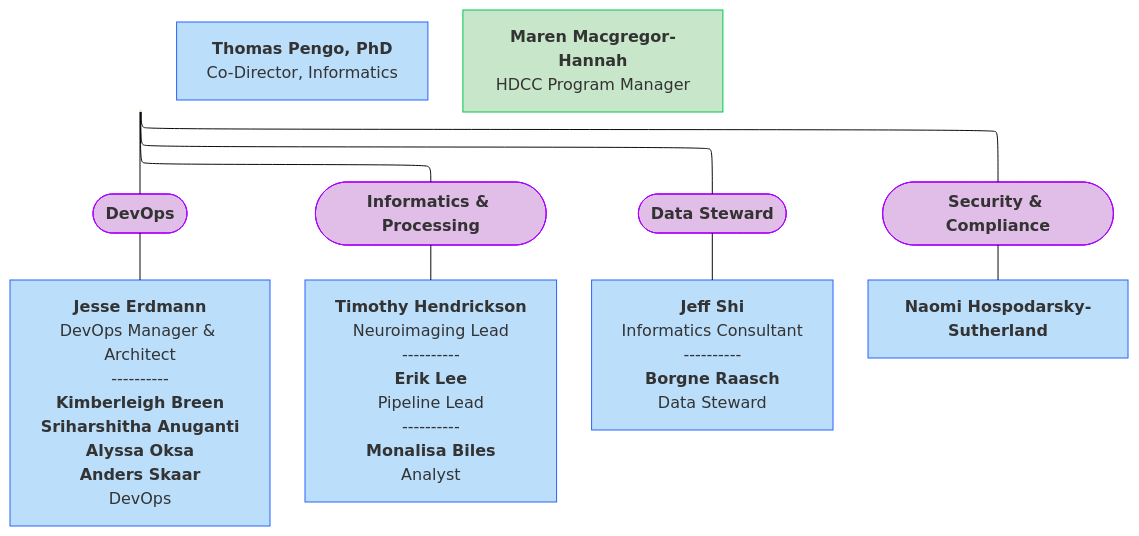
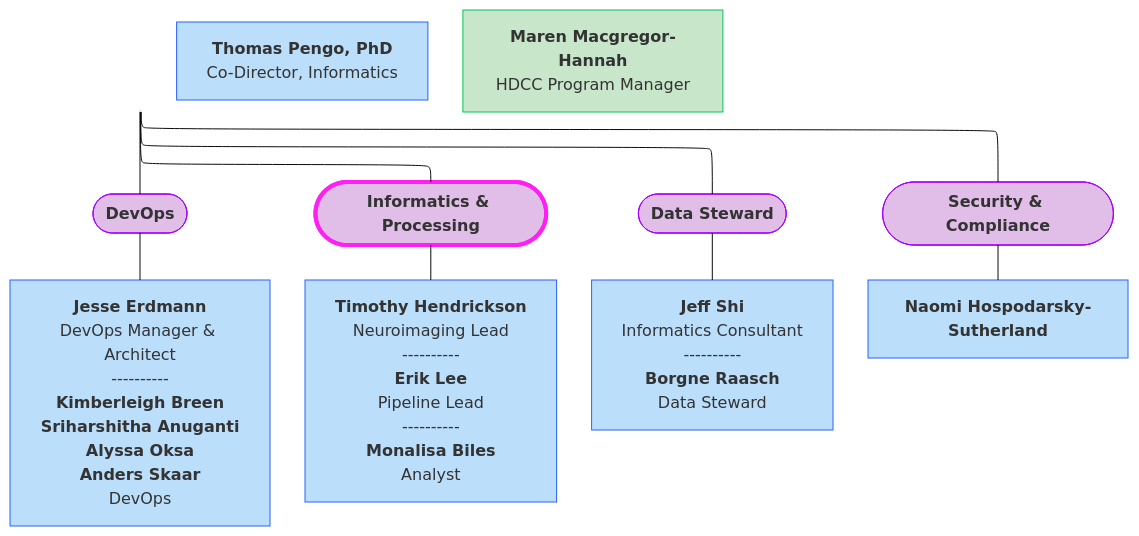
Before and after one commit to DCAN-Labs/hbcd-docs-internal: the diagram in docs/orgcharts/mermaid/midb-informatics.mmd, drawn with Mermaid (base theme). The commit also changed 2 other files, not shown here.

Commit message:
msi org chart update

```diff
--- a/docs/orgcharts/mermaid/midb-informatics.mmd
+++ b/docs/orgcharts/mermaid/midb-informatics.mmd
@@ -1,32 +1,32 @@
 ---
 config:
   layout: elk
 ---
 flowchart TB
     L["<b>Maren Macgregor-Hannah</b><br>HDCC Program Manager"] --- N(["<b>DevOps</b>"]) & O(["<b>Informatics &amp; Processing</b>"]) & P(["<b>Data Steward</b>"]) & n8(["<b>Security &amp; Compliance</b>"])
     N --- Q@{ label: "<b>Jesse Erdmann</b><br><span style=\"color:\">DevOps Manager &amp; Architect<br></span>----------<br><b>Kimberleigh Breen<br></b><b>Sriharshitha Anuganti<br>Alyssa Oksa<br>Anders Skaar</b><br>DevOps" }
     O --- n4["<b>Timothy Hendrickson</b><br>Neuroimaging Lead
     ----------
     <b>Erik Lee</b><br>Pipeline Lead
     ----------
     <b>Monalisa Biles</b><br>Analyst"]
     P --- n7["<b>Jeff Shi</b><br>Informatics Consultant
     ----------
     <b>Borgne Raasch</b><br>Data Steward"]
     n8 --- n9["<b>Naomi Hospodarsky-Sutherland</b>"]
     n10["<b>Thomas Pengo, PhD</b><br>Co-Director, Informatics"]
     n11["<b>Maren Macgregor-Hannah</b><br>HDCC Program Manager"]
     L@{ shape: anchor}
     Q@{ shape: rect}
     n11@{ shape: rect}
     style L fill:#C8E6C9,stroke:#00C853
     style N fill:#E1BEE7,stroke:#AA00FF
-    style O fill:#E1BEE7,stroke:#AA00FF
+    style O fill:#E1BEE7,stroke:#FF1FF4,stroke-width:4px,stroke-dasharray: 0
     style P fill:#E1BEE7,stroke:#AA00FF
     style n8 fill:#E1BEE7,stroke:#AA00FF
     style Q fill:#BBDEFB,stroke:#2962FF
     style n4 fill:#BBDEFB,stroke:#2962FF
     style n7 fill:#BBDEFB,stroke:#2962FF
     style n9 fill:#BBDEFB,stroke:#2962FF
     style n10 fill:#BBDEFB,stroke:#2962FF
     style n11 fill:#C8E6C9,stroke:#00C853
```
